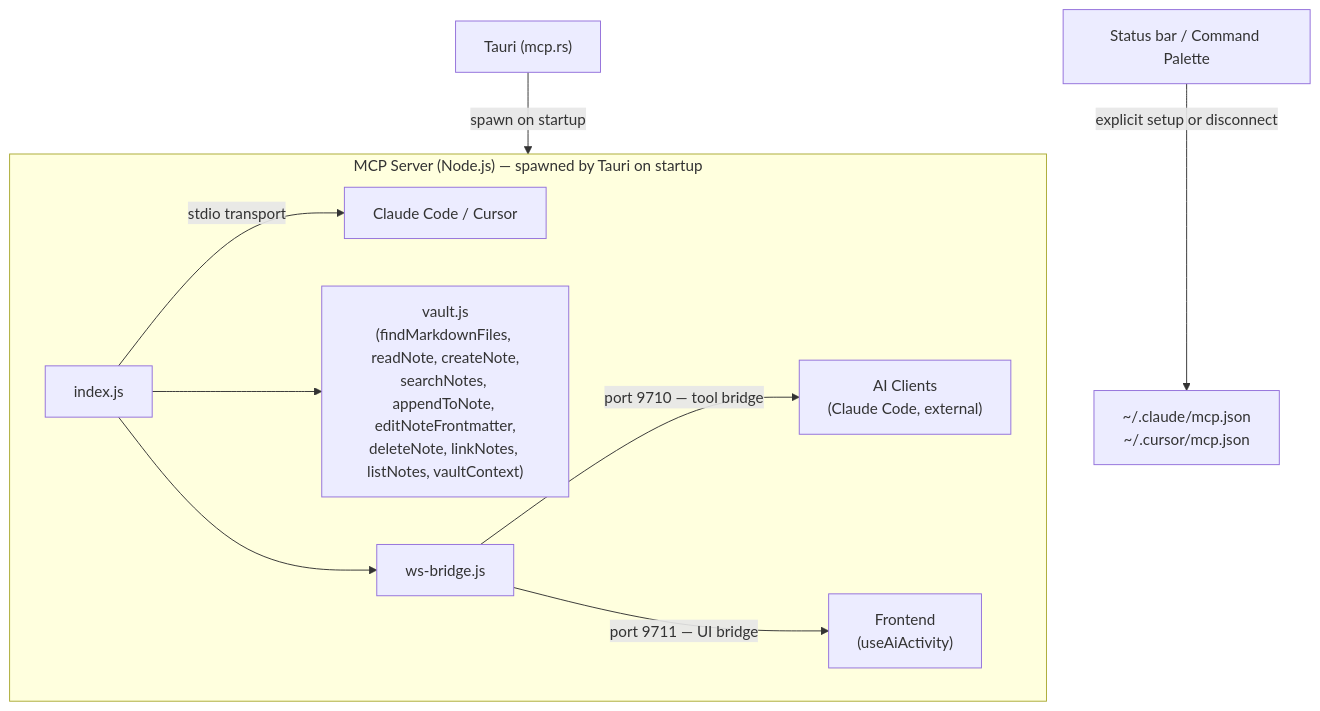
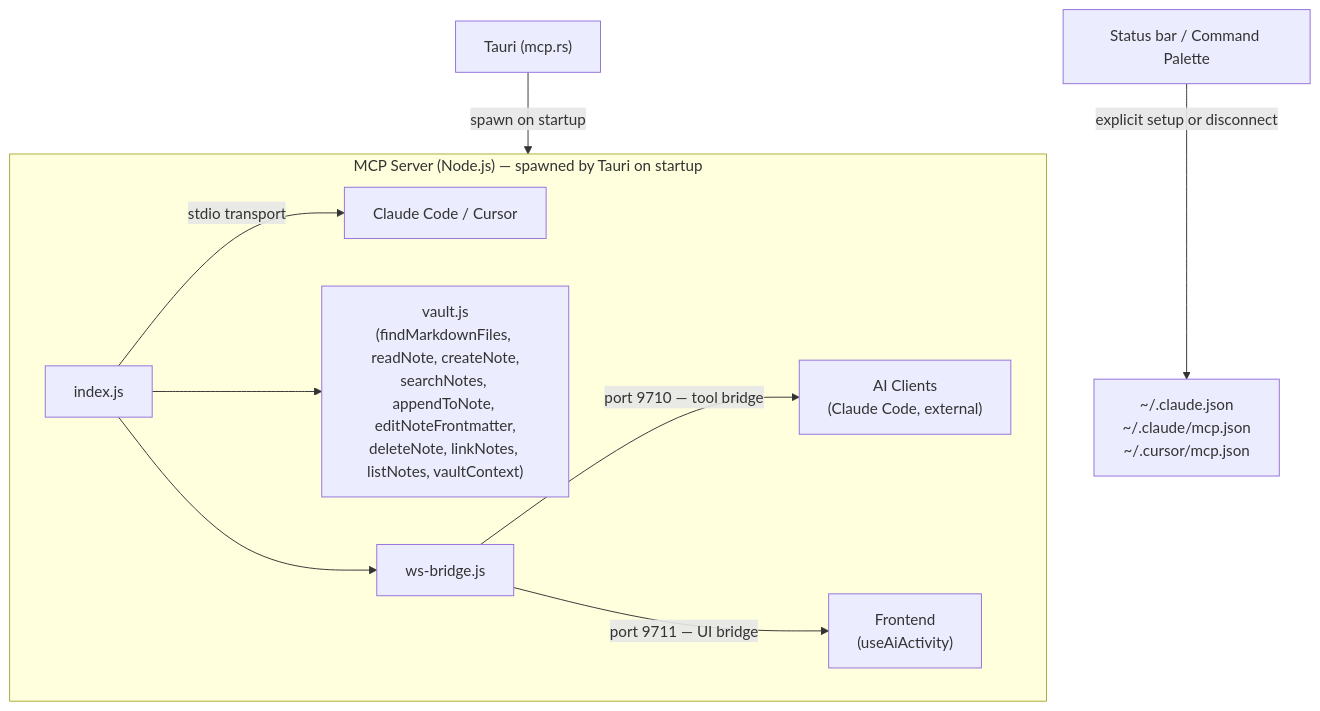
Before and after one commit to aimeritething/Fuwa: the fourth of 10 diagrams in docs/ARCHITECTURE.md, drawn with Mermaid. The commit also changed other lines of this file and 3 other files, not shown here.

Commit message:
fix: write Claude Code MCP config to .claude.json

````diff
--- a/docs/ARCHITECTURE.md
+++ b/docs/ARCHITECTURE.md
@@ -320,17 +320,17 @@
 ```mermaid
 flowchart TD
     subgraph MCP["MCP Server (Node.js) — spawned by Tauri on startup"]
         IDX["index.js"]
         VAULT["vault.js\n(findMarkdownFiles, readNote, createNote,\nsearchNotes, appendToNote, editNoteFrontmatter,\ndeleteNote, linkNotes, listNotes, vaultContext)"]
         WSB["ws-bridge.js"]
 
         IDX -->|"stdio transport"| STDIO["Claude Code / Cursor"]
         IDX --> VAULT
         IDX --> WSB
         WSB -->|"port 9710 — tool bridge"| AI["AI Clients\n(Claude Code, external)"]
         WSB -->|"port 9711 — UI bridge"| FE["Frontend\n(useAiActivity)"]
     end
 
     TAURI["Tauri (mcp.rs)"] -->|"spawn on startup"| MCP
-    UI["Status bar / Command Palette"] -->|"explicit setup or disconnect"| CFG["~/.claude/mcp.json\n~/.cursor/mcp.json"]
+    UI["Status bar / Command Palette"] -->|"explicit setup or disconnect"| CFG["~/.claude.json\n~/.claude/mcp.json\n~/.cursor/mcp.json"]
 ```
````
